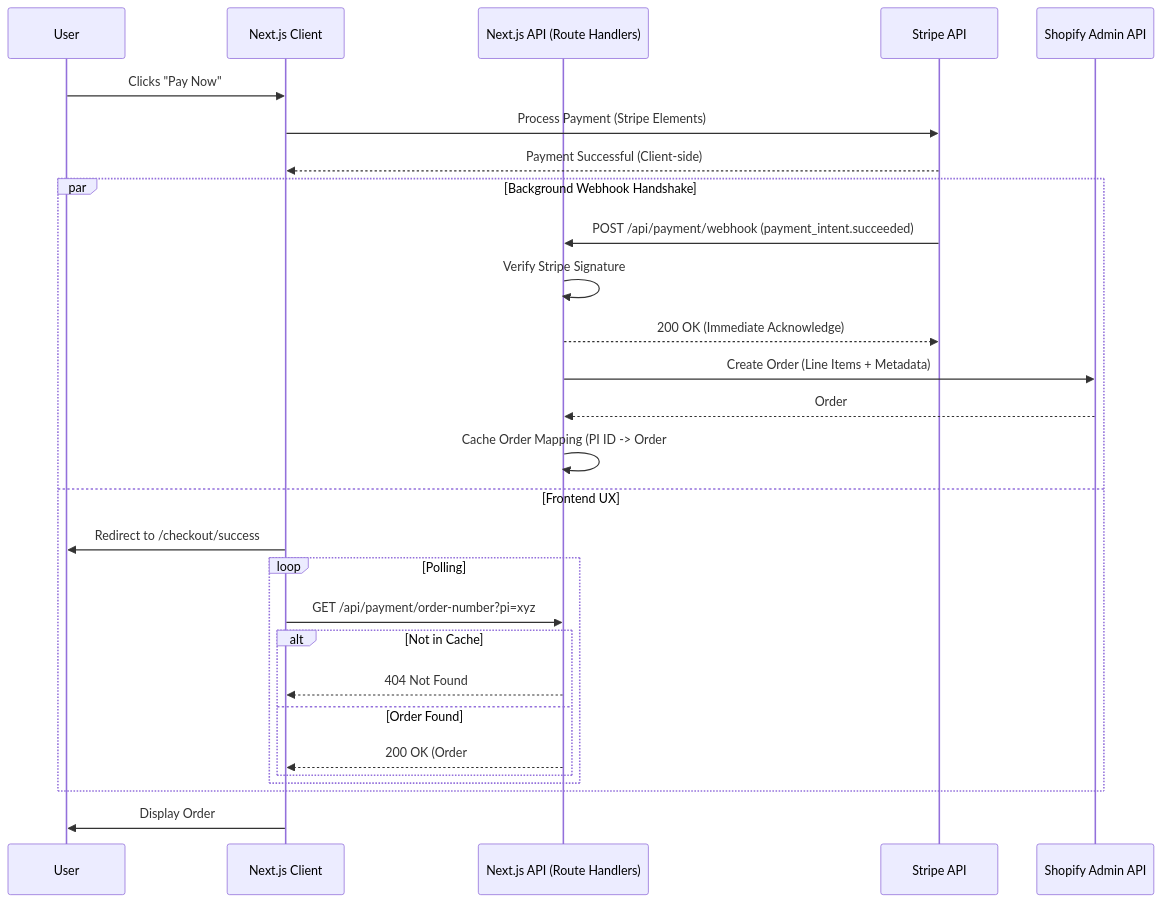
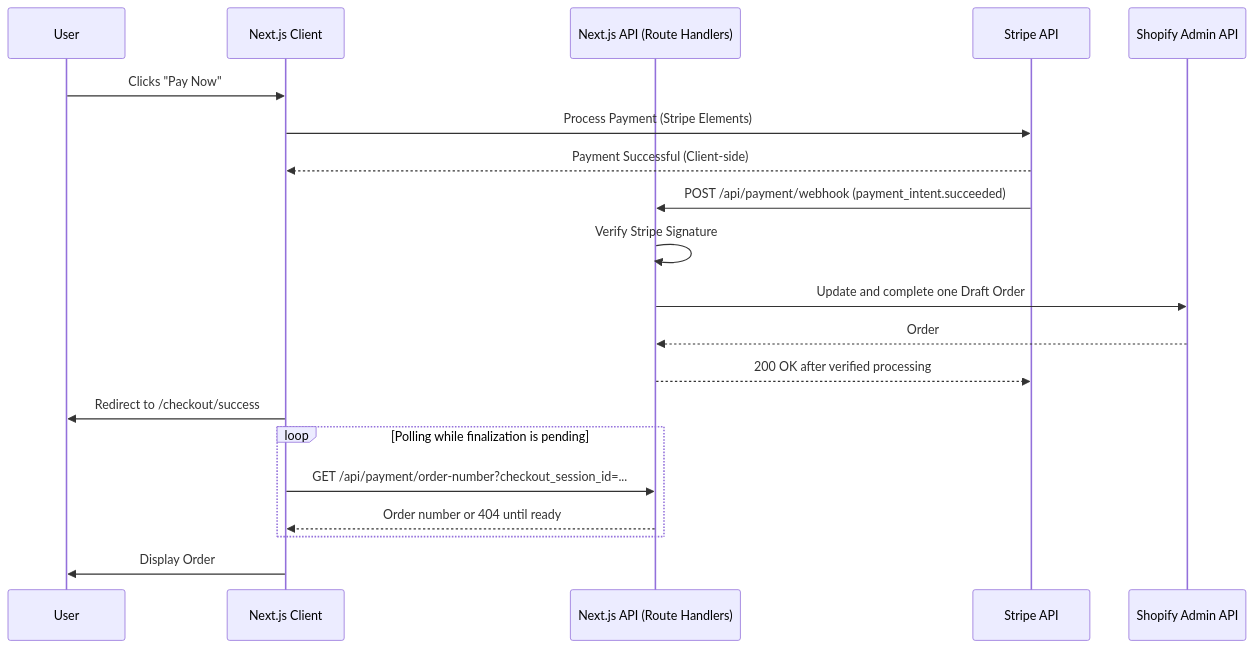
One commit to JianDemoer/shopify-paypay changed the diagram in README.md. Above: the diagram before and after it, drawn with Mermaid. The commit also changed other lines of this file and 100 other files, not shown here.

Commit message:
Build multi-store Shopify checkout app

````diff
--- a/README.md
+++ b/README.md
@@ -86,33 +85,25 @@
 ```mermaid
 sequenceDiagram
     participant User
     participant Frontend as Next.js Client
     participant API as Next.js API (Route Handlers)
     participant Stripe as Stripe API
     participant Shopify as Shopify Admin API
     
     User->>Frontend: Clicks "Pay Now"
     Frontend->>Stripe: Process Payment (Stripe Elements)
     Stripe-->>Frontend: Payment Successful (Client-side)
     
-    par Background Webhook Handshake
-        Stripe->>API: POST /api/payment/webhook (payment_intent.succeeded)
-        API->>API: Verify Stripe Signature
-        API-->>Stripe: 200 OK (Immediate Acknowledge)
-        API->>Shopify: Create Order (Line Items + Metadata)
-        Shopify-->>API: Order #1014 Created
-        API->>API: Cache Order Mapping (PI ID -> Order #)
-    and Frontend UX
-        Frontend->>User: Redirect to /checkout/success
-        loop Polling
-            Frontend->>API: GET /api/payment/order-number?pi=xyz
-            alt Not in Cache
-                API-->>Frontend: 404 Not Found
-            else Order Found
-                API-->>Frontend: 200 OK (Order #1014)
-            end
-        end
+    Stripe->>API: POST /api/payment/webhook (payment_intent.succeeded)
+    API->>API: Verify Stripe Signature
+    API->>Shopify: Update and complete one Draft Order
+    Shopify-->>API: Order #1014 Created
+    API-->>Stripe: 200 OK after verified processing
+    Frontend->>User: Redirect to /checkout/success
+    loop Polling while finalization is pending
+        Frontend->>API: GET /api/payment/order-number?checkout_session_id=...
+        API-->>Frontend: Order number or 404 until ready
     end
     
     Frontend->>User: Display Order #1014 & Admin Link
 ```
````
